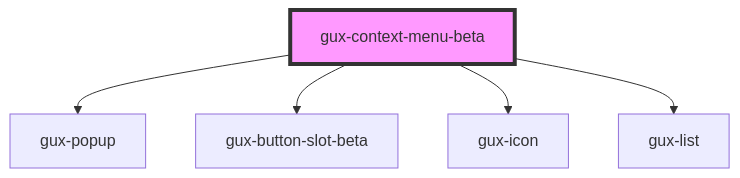
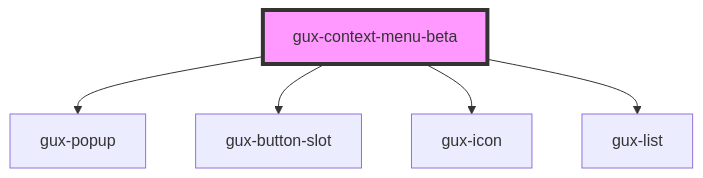
The diagram in packages/genesys-spark-components/src/components/beta/gux-context-menu/readme.md (MyPureCloud/genesys-spark), drawn with Mermaid before and after one commit. The commit also changed other lines of this file and 73 other files, not shown here.

First line of the commit message:
refactor(gux-button-slot): move to stable

````diff
--- a/packages/genesys-spark-components/src/components/beta/gux-context-menu/readme.md
+++ b/packages/genesys-spark-components/src/components/beta/gux-context-menu/readme.md
@@ -23,8 +23,8 @@
 ```mermaid
 graph TD;
   gux-context-menu-beta --> gux-popup
-  gux-context-menu-beta --> gux-button-slot-beta
+  gux-context-menu-beta --> gux-button-slot
   gux-context-menu-beta --> gux-icon
   gux-context-menu-beta --> gux-list
   style gux-context-menu-beta fill:#f9f,stroke:#333,stroke-width:4px
 ```
````
